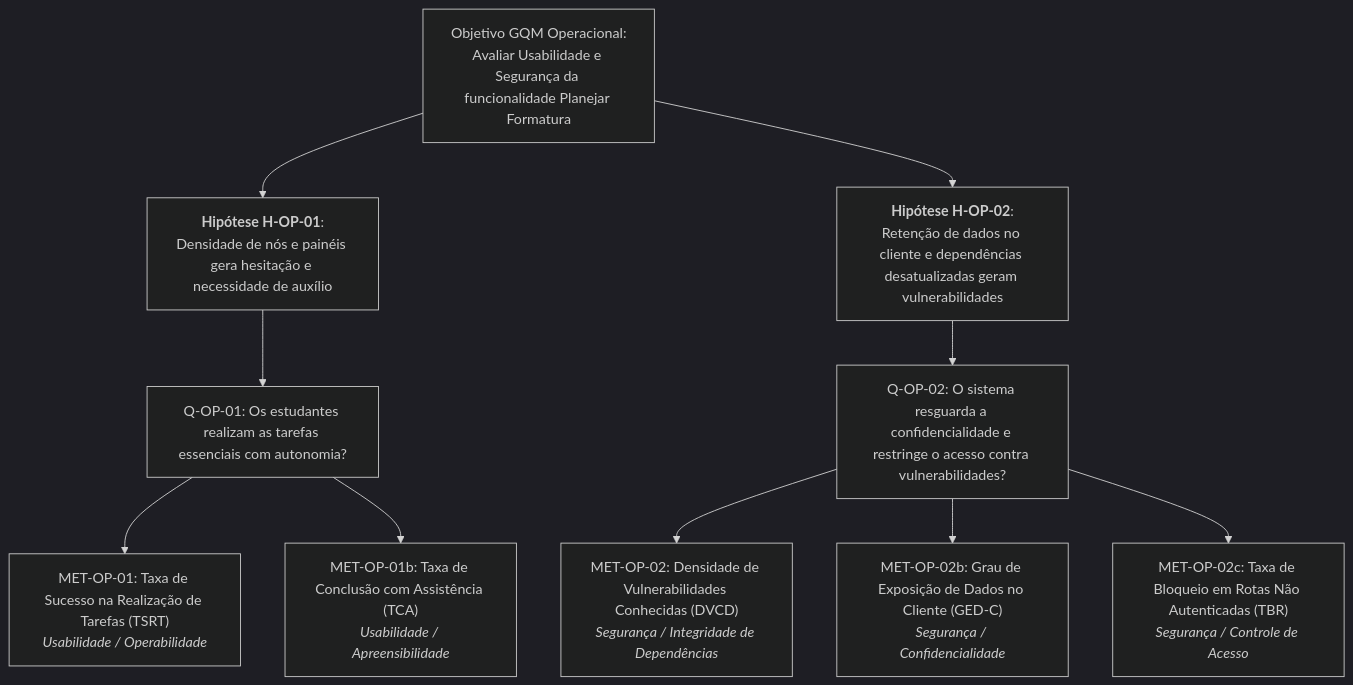
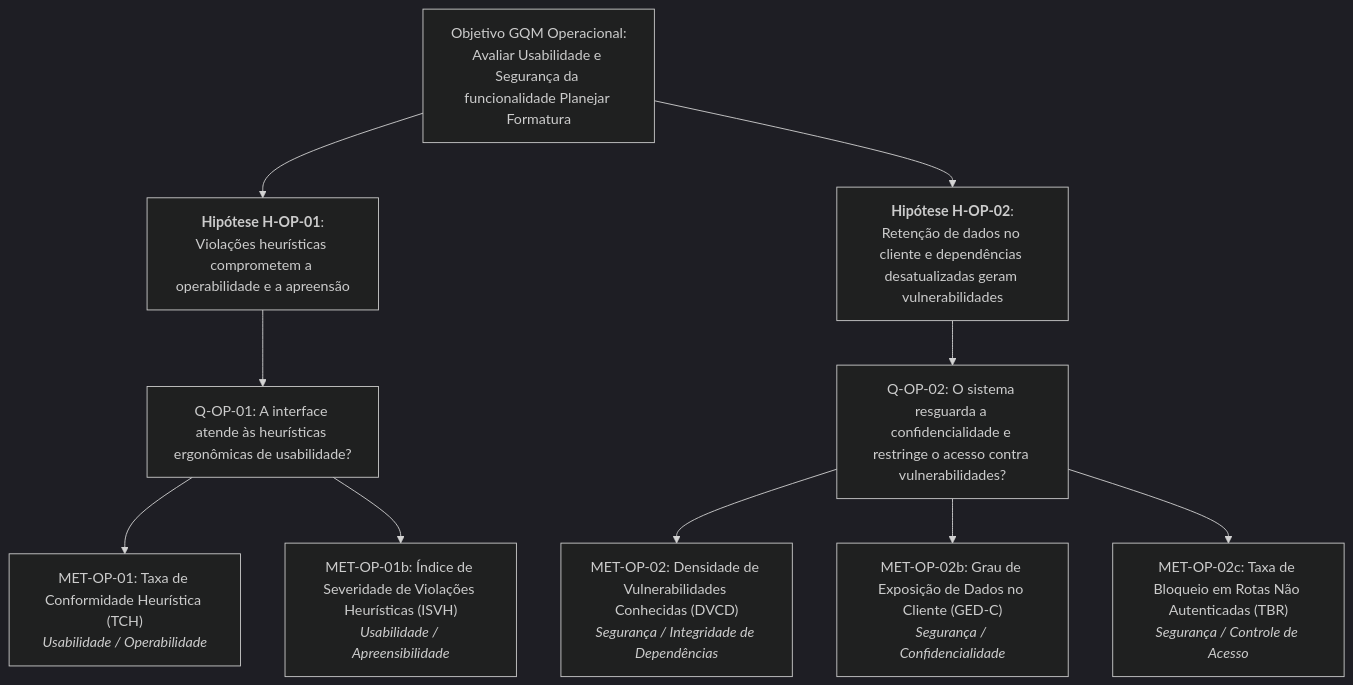
Before and after one commit to FCTE-Qualidade-de-Software-1/2026-2_T02_JEAN_SAMMET: the first of 2 diagrams in docs/fases/fase2/operacionais/visaoGeral.md, drawn with Mermaid (dark theme). The commit also changed other lines of this file and 6 other files, not shown here.

````diff
--- a/docs/fases/fase2/operacionais/visaoGeral.md
+++ b/docs/fases/fase2/operacionais/visaoGeral.md
@@ -55,17 +55,17 @@
 ```mermaid
 graph TD
     Goal["Objetivo GQM Operacional:<br/>Avaliar Usabilidade e Segurança da funcionalidade Planejar Formatura"]
 
-    Goal --> H1["<b>Hipótese H-OP-01</b>:<br/>Densidade de nós e painéis gera hesitação e necessidade de auxílio"]
+    Goal --> H1["<b>Hipótese H-OP-01</b>:<br/>Violações heurísticas comprometem a operabilidade e a apreensão"]
     Goal --> H2["<b>Hipótese H-OP-02</b>:<br/>Retenção de dados no cliente e dependências desatualizadas geram vulnerabilidades"]
 
-    H1 --> Q1["Q-OP-01: Os estudantes realizam as tarefas essenciais com autonomia?"]
+    H1 --> Q1["Q-OP-01: A interface atende às heurísticas ergonômicas de usabilidade?"]
     H2 --> Q2["Q-OP-02: O sistema resguarda a confidencialidade e restringe o acesso contra vulnerabilidades?"]
 
-    Q1 --> M1["MET-OP-01: Taxa de Sucesso na Realização de Tarefas (TSRT)<br/><i>Usabilidade / Operabilidade</i>"]
-    Q1 --> M1b["MET-OP-01b: Taxa de Conclusão com Assistência (TCA)<br/><i>Usabilidade / Apreensibilidade</i>"]
+    Q1 --> M1["MET-OP-01: Taxa de Conformidade Heurística (TCH)<br/><i>Usabilidade / Operabilidade</i>"]
+    Q1 --> M1b["MET-OP-01b: Índice de Severidade de Violações Heurísticas (ISVH)<br/><i>Usabilidade / Apreensibilidade</i>"]
 
     Q2 --> M2["MET-OP-02: Densidade de Vulnerabilidades Conhecidas (DVCD)<br/><i>Segurança / Integridade de Dependências</i>"]
     Q2 --> M2b["MET-OP-02b: Grau de Exposição de Dados no Cliente (GED-C)<br/><i>Segurança / Confidencialidade</i>"]
     Q2 --> M2c["MET-OP-02c: Taxa de Bloqueio em Rotas Não Autenticadas (TBR)<br/><i>Segurança / Controle de Acesso</i>"]
 ```
````
